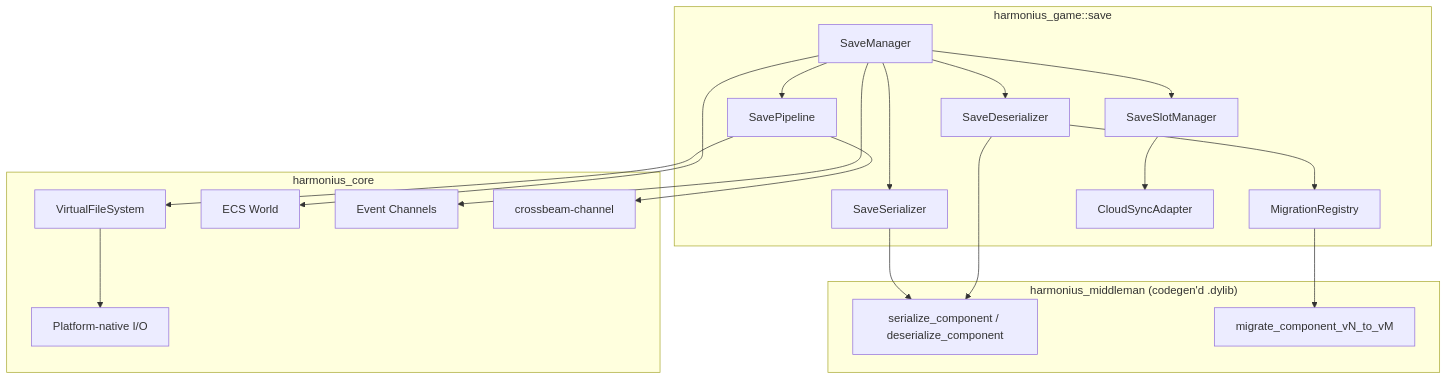
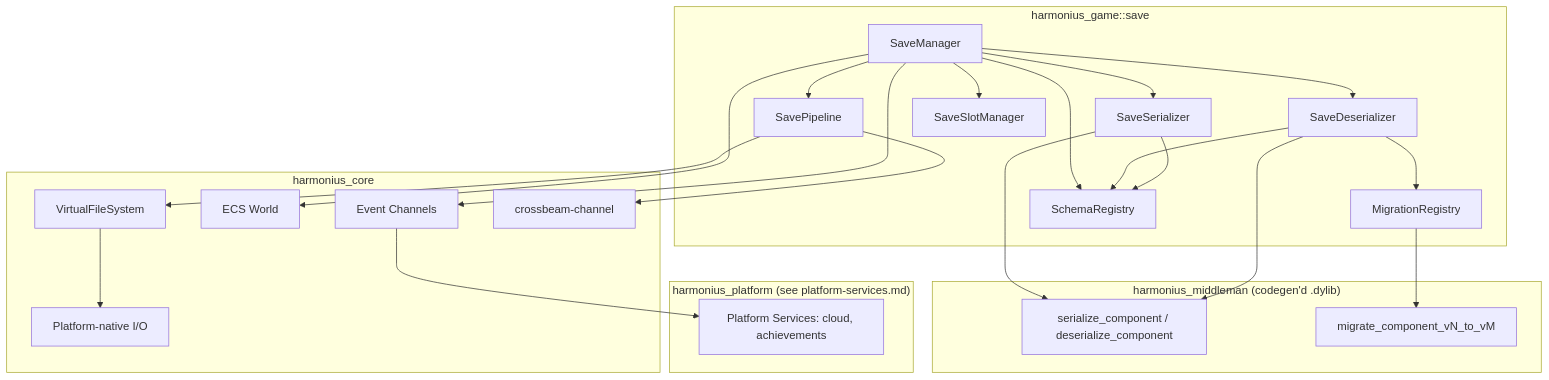
The first of 8 diagrams in docs/design/game-framework/save-system.md (harmonius-dev/harmonius), drawn with Mermaid before and after one commit. The commit also changed other lines of this file and 143 other files, not shown here.

````diff
--- a/docs/design/game-framework/save-system.md
+++ b/docs/design/game-framework/save-system.md
@@ -65,42 +75,49 @@
 ```mermaid
 graph TD
     subgraph "harmonius_game::save"
         SM[SaveManager]
         SS[SaveSerializer]
         SD[SaveDeserializer]
         MG[MigrationRegistry]
+        SR[SchemaRegistry]
         SP[SavePipeline]
         SL[SaveSlotManager]
-        CS[CloudSyncAdapter]
     end
 
     subgraph "harmonius_middleman (codegen'd .dylib)"
         CG[serialize_component / deserialize_component]
         MF[migrate_component_vN_to_vM]
     end
 
     subgraph "harmonius_core"
         VFS[VirtualFileSystem]
         PIO[Platform-native I/O]
         ECS[ECS World]
         EV[Event Channels]
         CH[crossbeam-channel]
     end
 
+    subgraph "harmonius_platform (see platform-services.md)"
+        PS[Platform Services: cloud, achievements]
+    end
+
     SM --> SS
     SM --> SD
     SM --> SP
     SM --> SL
+    SM --> SR
     SD --> MG
+    SD --> SR
+    SS --> SR
     SP --> VFS
-    SL --> CS
 
     SS --> CG
     SD --> CG
     MG --> MF
 
     VFS --> PIO
     SP --> CH
     SM --> ECS
     SM --> EV
+    EV --> PS
 ```
````
